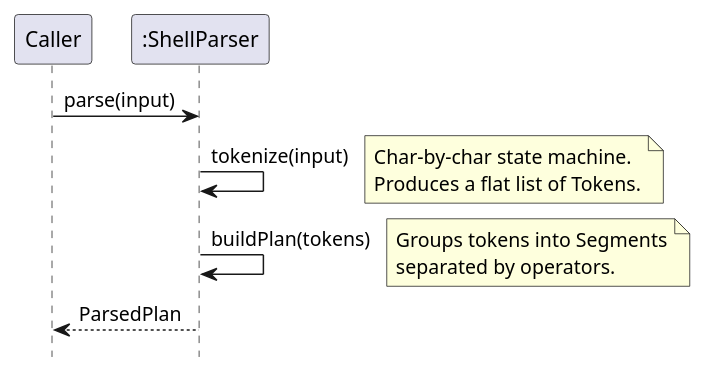
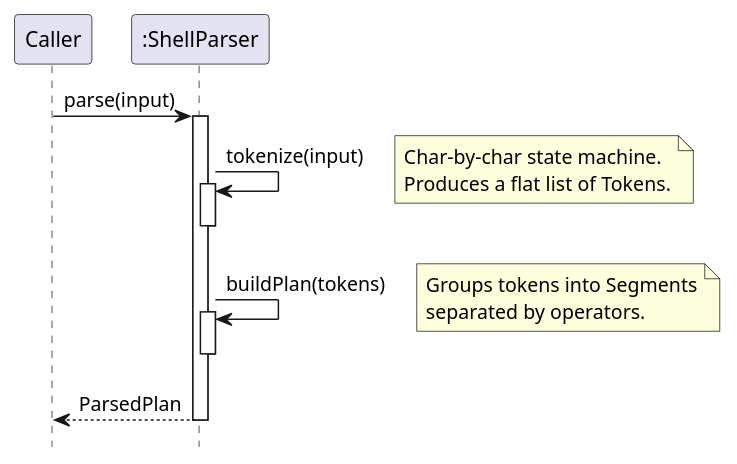
One commit to Novgor0d/tp changed the diagram in docs/diagrams/ShellParserSequence.puml. Above: the diagram before and after it, drawn with PlantUML. The commit also changed 8 other files, not shown here.

First line of the commit message:
Fix UML diagram issues #119, #120, #121, #122

```diff
--- a/docs/diagrams/ShellParserSequence.puml
+++ b/docs/diagrams/ShellParserSequence.puml
@@ -1,12 +1,18 @@
 @startuml ShellParserSequence
 hide footbox
 participant Caller
 participant ":ShellParser" as SP
 
 Caller -> SP : parse(input)
+activate SP
 SP -> SP : tokenize(input)
+activate SP
 note right : Char-by-char state machine.\nProduces a flat list of Tokens.
+deactivate SP
 SP -> SP : buildPlan(tokens)
+activate SP
 note right : Groups tokens into Segments\nseparated by operators.
+deactivate SP
 SP --> Caller : ParsedPlan
+deactivate SP
 @enduml
```
